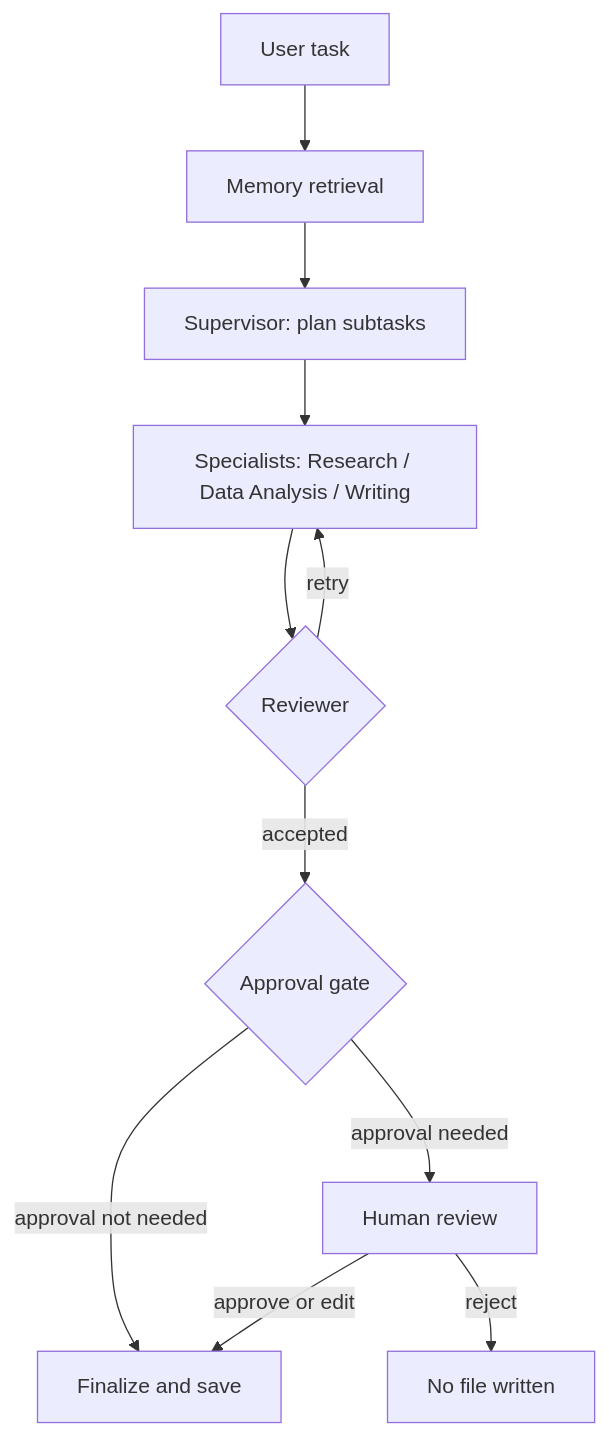
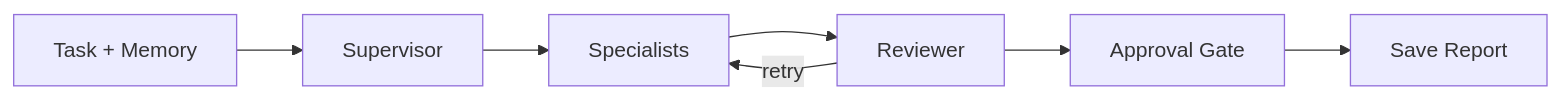
One commit to Deepika6689/agentops changed the diagram in README.md. Above: the diagram before and after it, drawn with Mermaid. The commit also changed other lines of this file, not shown here.

First line of the commit message:
Enhance README with visuals and architecture

````diff
--- a/README.md
+++ b/README.md
@@ -13,13 +28,5 @@
 ```mermaid
-flowchart TD
-    U[User task] --> M[Memory retrieval]
-    M --> P[Supervisor: plan subtasks]
-    P --> E[Specialists: Research / Data Analysis / Writing]
-    E --> R{Reviewer}
-    R -- retry --> E
-    R -- accepted --> G{Approval gate}
-    G -- approval not needed --> F[Finalize and save]
-    G -- approval needed --> H[Human review]
-    H -- approve or edit --> F
-    H -- reject --> X[No file written]
+flowchart LR
+    A[Task + Memory] --> B[Supervisor] --> C[Specialists] --> D[Reviewer] --> E[Approval Gate] --> F[Save Report]
+    D -- retry --> C
 ```
````
